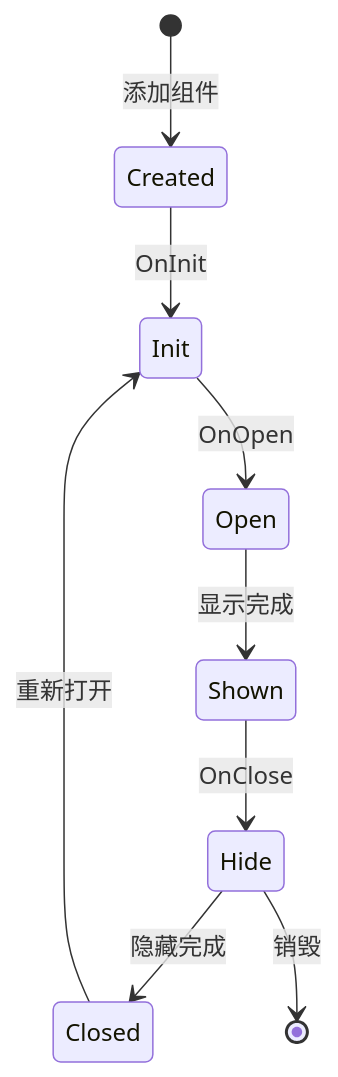
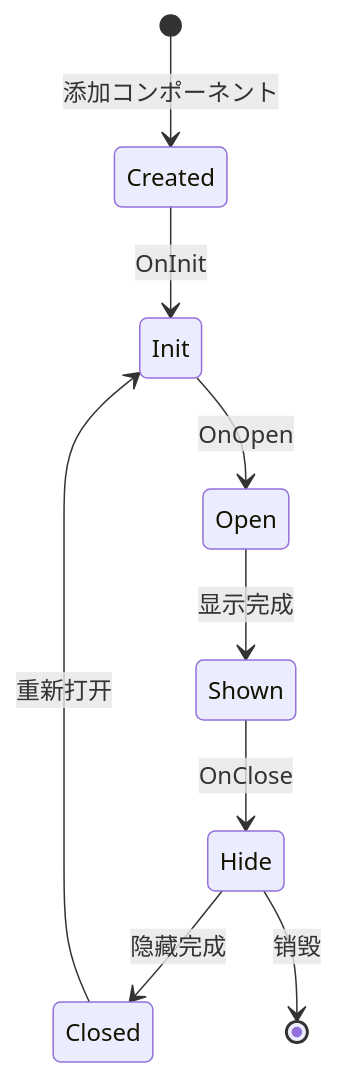
Before and after one commit to AlianBlank/GameFrameX.Docs: the second of 2 diagrams in docs/ja/client/unity/component/ui-ugui/06.ugui-base.md, drawn with Mermaid. The commit also changed other lines of this file and 603 other files, not shown here.

````diff
--- a/docs/ja/client/unity/component/ui-ugui/06.ugui-base.md
+++ b/docs/ja/client/unity/component/ui-ugui/06.ugui-base.md
@@ -75,11 +75,11 @@
 ```mermaid
 stateDiagram-v2
-    [*] --> Created: 添加组件
+    [*] --> Created: 添加コンポーネント
     Created --> Init: OnInit
     Init --> Open: OnOpen
     Open --> Shown: 显示完成
     Shown --> Hide: OnClose
     Hide --> Closed: 隐藏完成
     Closed --> Init: 重新打开
     Hide --> [*]: 销毁
 ```
````
